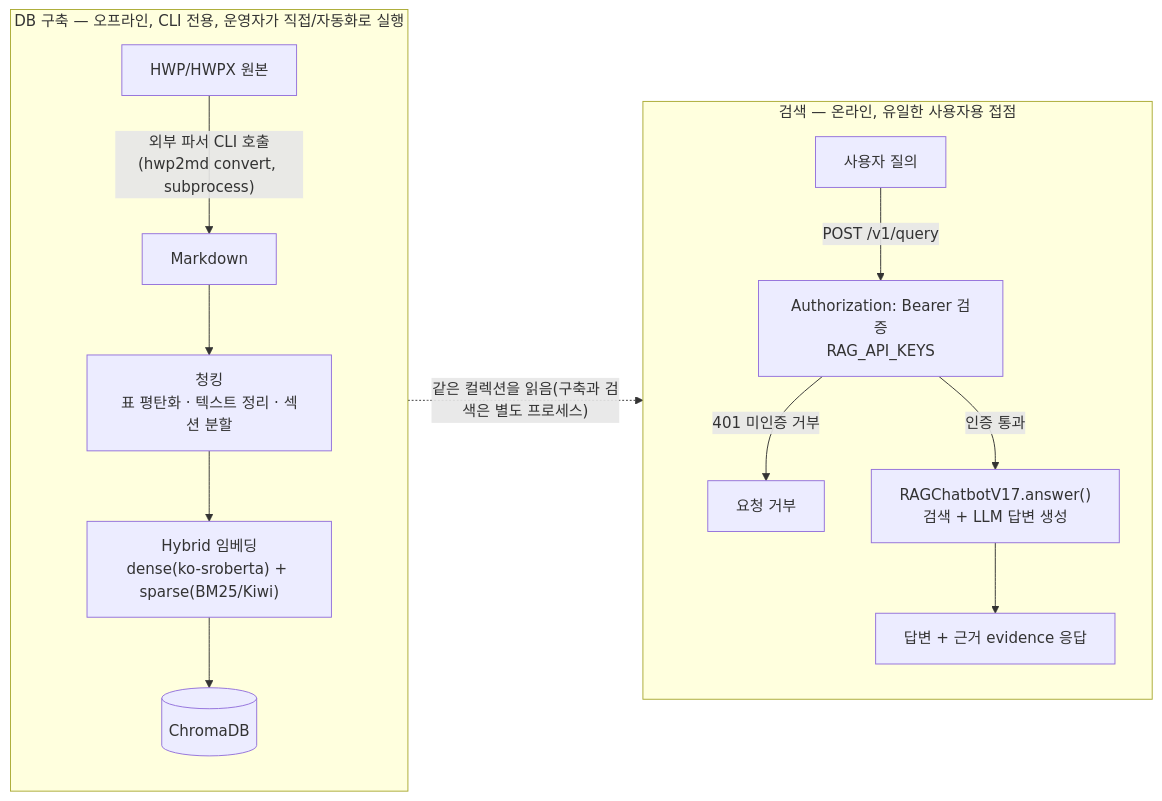
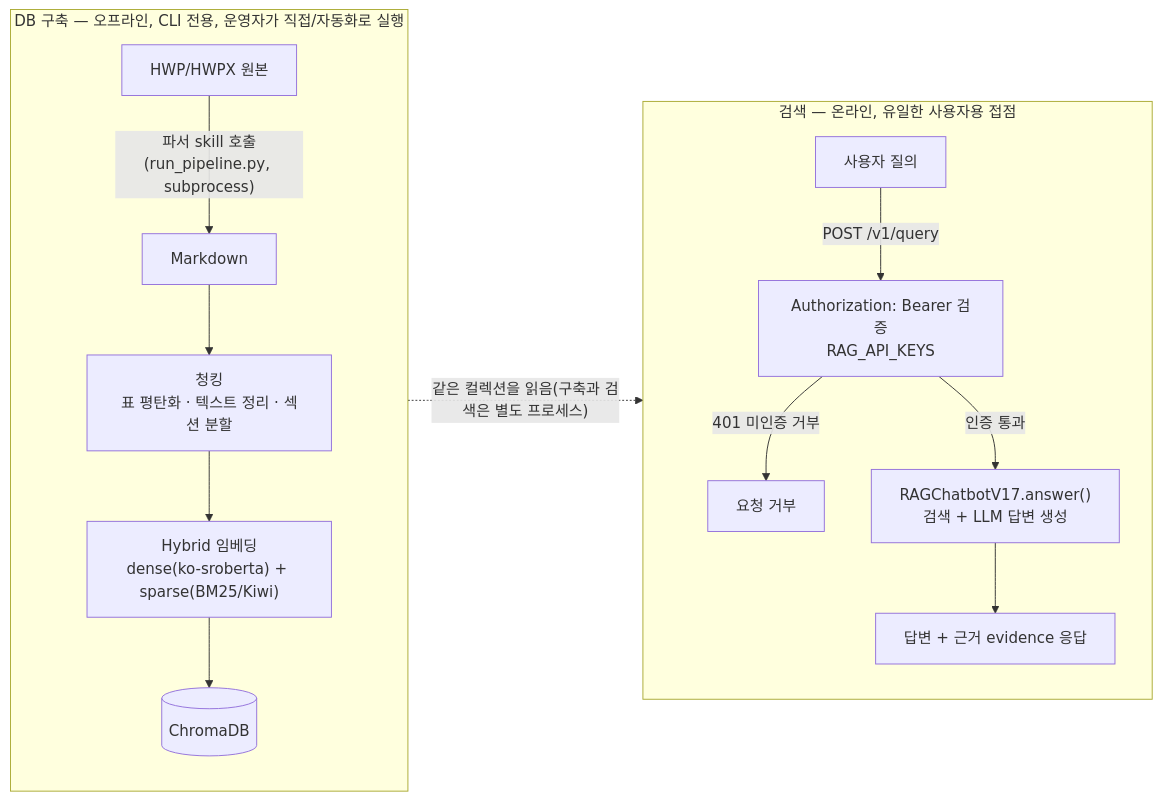
Before and after one commit to adover134/hierarchical-md-rag: the first of 2 diagrams in README.md, drawn with Mermaid. The commit also changed other lines of this file and 3 other files, not shown here.

First line of the commit message:
fix(parser): call the parser skill's run_pipeline.py instead of the hwp2md CLI

````diff
--- a/README.md
+++ b/README.md
@@ -42,18 +42,18 @@
 ```mermaid
 flowchart LR
     subgraph OFFLINE["DB 구축 — 오프라인, CLI 전용, 운영자가 직접/자동화로 실행"]
         direction TB
-        A1["HWP/HWPX 원본"] -->|"외부 파서 CLI 호출(hwp2md convert, subprocess)"| A2["Markdown"]
+        A1["HWP/HWPX 원본"] -->|"파서 skill 호출(run_pipeline.py, subprocess)"| A2["Markdown"]
         A2 --> A3["청킹\n표 평탄화 · 텍스트 정리 · 섹션 분할"]
         A3 --> A4["Hybrid 임베딩\ndense(ko-sroberta) + sparse(BM25/Kiwi)"]
         A4 --> A5[("ChromaDB")]
     end
     subgraph ONLINE["검색 — 온라인, 유일한 사용자용 접점"]
         direction TB
         B1["사용자 질의"] -->|"POST /v1/query"| B2["Authorization: Bearer 검증\nRAG_API_KEYS"]
         B2 -->|"401 미인증 거부"| BX["요청 거부"]
         B2 -->|"인증 통과"| B3["RAGChatbotV17.answer()\n검색 + LLM 답변 생성"]
         B3 --> B4["답변 + 근거 evidence 응답"]
     end
     A5 -.->|"같은 컬렉션을 읽음(구축과 검색은 별도 프로세스)"| B3
 ```
````
